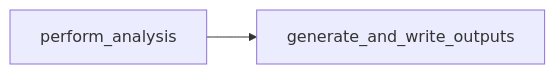
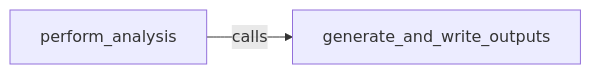
The third of 3 diagrams in docs/implementation.md (LBNL-ETA/ROAMS), drawn with Mermaid before and after one commit. The commit also changed other lines of this file, not shown here.

````diff
--- a/docs/implementation.md
+++ b/docs/implementation.md
@@ -124,4 +165,4 @@
 ```mermaid
 graph LR;
-    A[perform_analysis] --> B[generate_and_write_outputs]
+    A[perform_analysis] --> |calls| B[generate_and_write_outputs]
 ```
````
